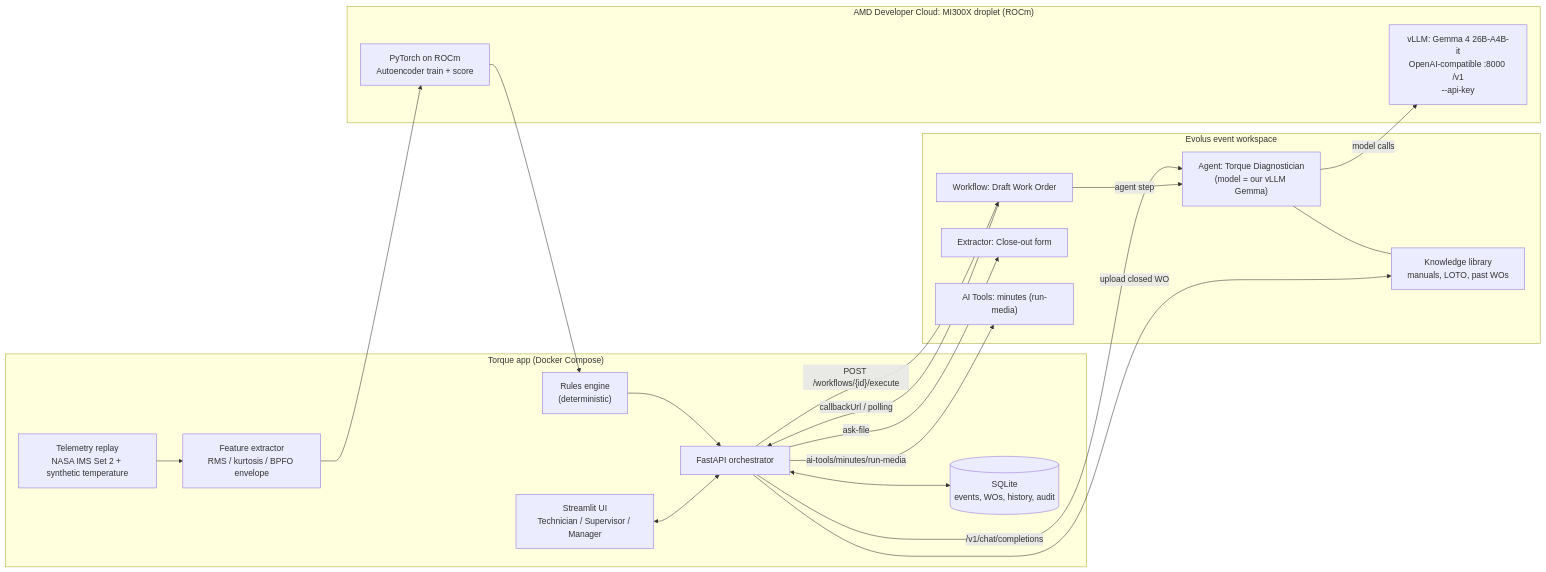
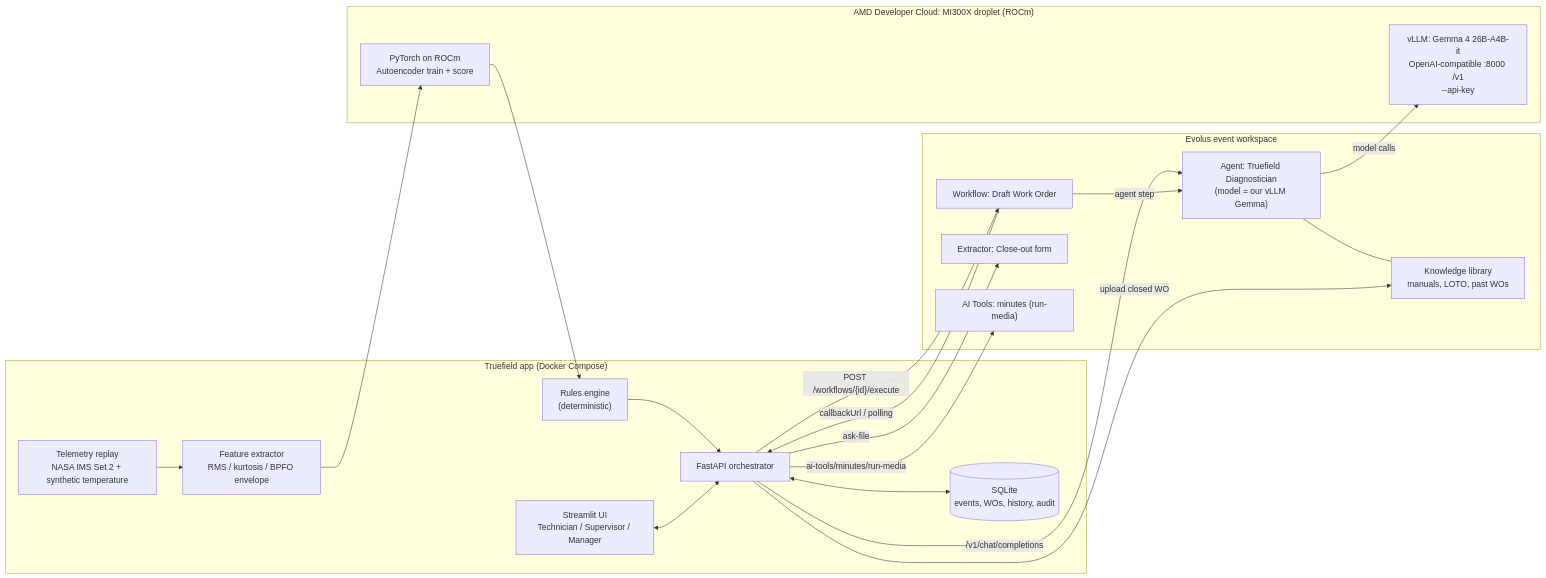
The diagram in README.md (fozagtx/Truefield), drawn with Mermaid before and after one commit. The commit also changed other lines of this file and 62 other files, not shown here.

Commit message:
Rename product Torque -> Truefield (package, env vars, UI, docs, Evolus resource names); remove README demo walkthrough

````diff
--- a/README.md
+++ b/README.md
@@ -53,34 +42,34 @@
 ```mermaid
 flowchart LR
   subgraph AMD["AMD Developer Cloud: MI300X droplet (ROCm)"]
     VLLM["vLLM: Gemma 4 26B-A4B-it<br/>OpenAI-compatible :8000 /v1<br/>--api-key"]
     AE["PyTorch on ROCm<br/>Autoencoder train + score"]
   end
-  subgraph APP["Torque app (Docker Compose)"]
+  subgraph APP["Truefield app (Docker Compose)"]
     REPLAY["Telemetry replay<br/>NASA IMS Set 2 + synthetic temperature"]
     FEAT["Feature extractor<br/>RMS / kurtosis / BPFO envelope"]
     RULES["Rules engine<br/>(deterministic)"]
     API["FastAPI orchestrator"]
     DB[("SQLite<br/>events, WOs, history, audit")]
     UI["Streamlit UI<br/>Technician / Supervisor / Manager"]
   end
   subgraph EVOLUS["Evolus event workspace"]
-    AGENT["Agent: Torque Diagnostician<br/>(model = our vLLM Gemma)"]
+    AGENT["Agent: Truefield Diagnostician<br/>(model = our vLLM Gemma)"]
     LIB["Knowledge library<br/>manuals, LOTO, past WOs"]
     WF["Workflow: Draft Work Order"]
     EXT["Extractor: Close-out form"]
     TOOLS["AI Tools: minutes (run-media)"]
   end
   REPLAY --> FEAT --> AE --> RULES --> API
   API -- "/v1/chat/completions" --> AGENT
   AGENT --- LIB
   AGENT -- "model calls" --> VLLM
   API -- "POST /workflows/{id}/execute" --> WF
   WF -- "agent step" --> AGENT
   WF -- "callbackUrl / polling" --> API
   API -- "ask-file" --> EXT
   API -- "ai-tools/minutes/run-media" --> TOOLS
   API -- "upload closed WO" --> LIB
   API <--> DB
   UI <--> API
 ```
````
